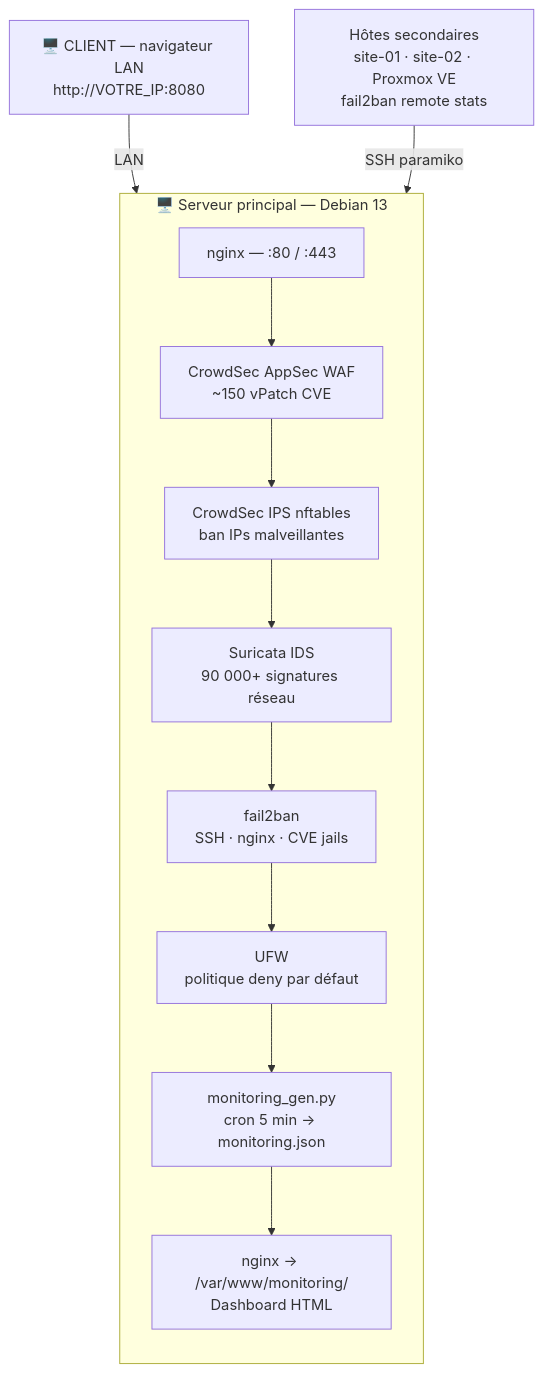
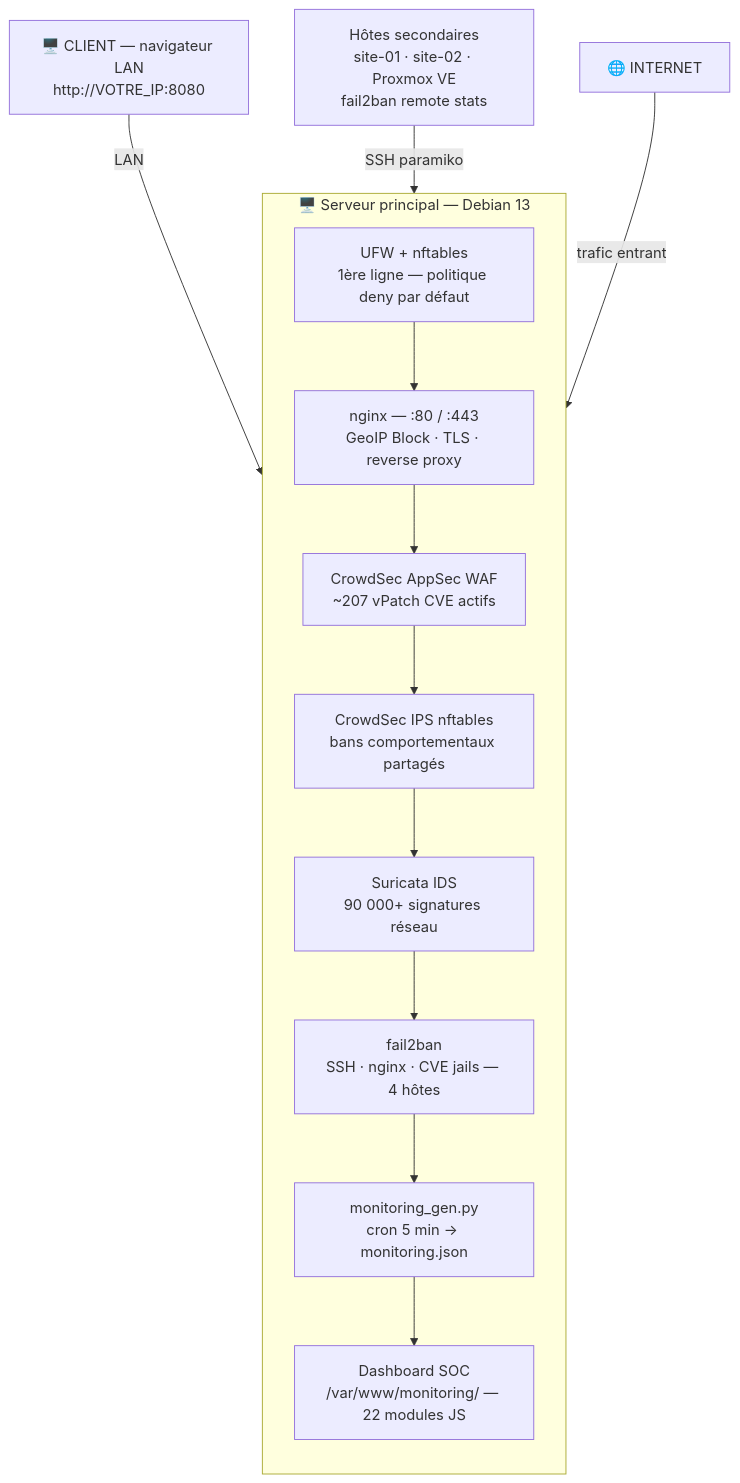
One commit to 0xCyberLiTech/SOC changed the diagram in README.md. Above: the diagram before and after it, drawn with Mermaid. The commit also changed other lines of this file and 25 other files, not shown here.

First line of the commit message:
feat: add full dashboard/ structure + schemas + anonymization

````diff
--- a/README.md
+++ b/README.md
@@ -130,22 +130,25 @@
 ```mermaid
 flowchart TD
-    A["🖥️ CLIENT — navigateur LAN\nhttp://VOTRE_IP:8080"]
+    INET["🌐 INTERNET"]
 
-    A -->|LAN| B
+    INET -->|trafic entrant| B
 
     subgraph B["🖥️ Serveur principal — Debian 13"]
         direction TB
-        N["nginx — :80 / :443"]
-        W["CrowdSec AppSec WAF\n~150 vPatch CVE"]
-        I["CrowdSec IPS nftables\nban IPs malveillantes"]
+        U["UFW + nftables\n1ère ligne — politique deny par défaut"]
+        N["nginx — :80 / :443\nGeoIP Block · TLS · reverse proxy"]
+        W["CrowdSec AppSec WAF\n~207 vPatch CVE actifs"]
+        I["CrowdSec IPS nftables\nbans comportementaux partagés"]
         S["Suricata IDS\n90 000+ signatures réseau"]
-        F["fail2ban\nSSH · nginx · CVE jails"]
-        U["UFW\npolitique deny par défaut"]
+        F["fail2ban\nSSH · nginx · CVE jails — 4 hôtes"]
         G["monitoring_gen.py\ncron 5 min → monitoring.json"]
-        D["nginx → /var/www/monitoring/\nDashboard HTML"]
-        N --> W --> I --> S --> F --> U --> G --> D
+        D["Dashboard SOC\n/var/www/monitoring/ — 22 modules JS"]
+        U --> N --> W --> I --> S --> F --> G --> D
     end
 
+    A["🖥️ CLIENT — navigateur LAN\nhttp://VOTRE_IP:8080"]
     H["Hôtes secondaires\nsite-01 · site-02 · Proxmox VE\nfail2ban remote stats"]
-    H -->|SSH paramiko| B
+
+    A -->|LAN| D
+    H -->|SSH paramiko| G
 ```
````
